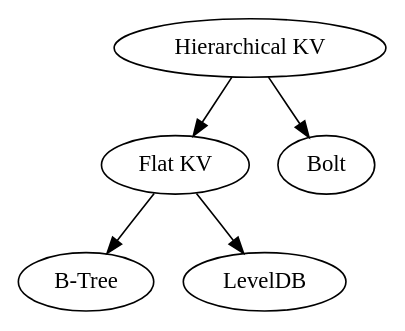
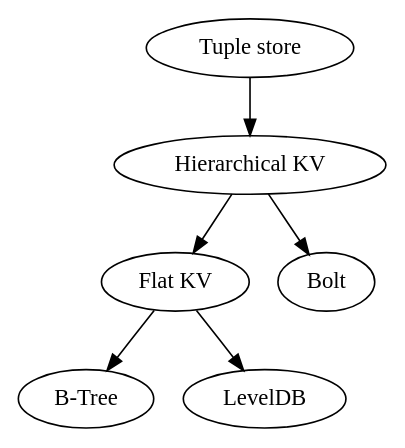
Before and after one commit to hidal-go/hidalgo: the diagram in db-hierarchy.gv, drawn with Graphviz. The commit also changed 19 other files, not shown here.

Commit message:
implement strict tuple store abstraction; fix few bugs in kv layer

```diff
--- a/db-hierarchy.gv
+++ b/db-hierarchy.gv
@@ -1,12 +1,15 @@
 digraph DBs {
     btree [label="B-Tree"]
     leveldb [label="LevelDB"]
     flat_kv [label="Flat KV" URL="./docs/kv-flat.md"]
     flat_kv -> btree
     flat_kv -> leveldb
 
     hie_kv [label="Hierarchical KV" URL="./docs/kv-hierarchical.md"]
     bolt [label="Bolt"]
     hie_kv -> bolt
     hie_kv -> flat_kv
+
+    strict_tuple [label="Tuple store" URL="./docs/tuple-strict.md"]
+    strict_tuple -> hie_kv
 }
```
